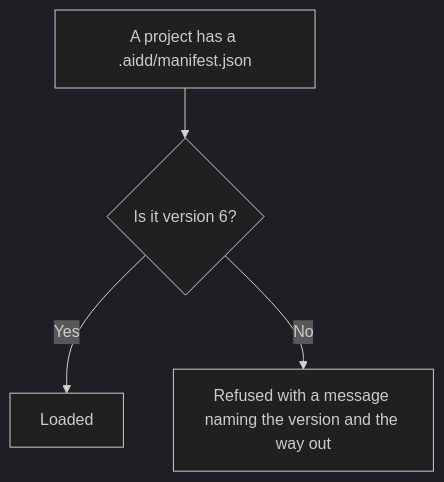
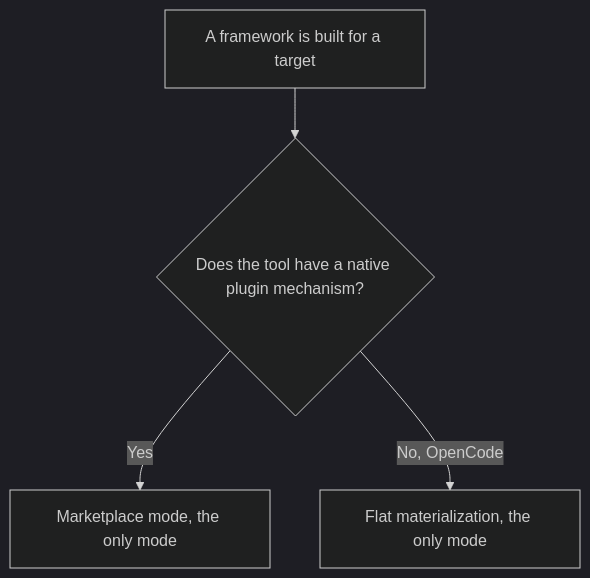
The first of 2 diagrams in cli/aidd_docs/tasks/2026_08/2026_08_20_refactor-contextes-cli/phase-4.md (ai-driven-dev/aidd-framework), drawn with Mermaid (dark theme) before and after one commit. The commit also changed other lines of this file and 17 other files, not shown here.

````diff
--- a/cli/aidd_docs/tasks/2026_08/2026_08_20_refactor-contextes-cli/phase-4.md
+++ b/cli/aidd_docs/tasks/2026_08/2026_08_20_refactor-contextes-cli/phase-4.md
@@ -31,6 +35,6 @@
 ```mermaid
 flowchart TD
-  A[A project has a .aidd/manifest.json] --> B{Is it version 6?}
-  B -->|Yes| C[Loaded]
-  B -->|No| D[Refused with a message naming the version and the way out]
+  A[A framework is built for a target] --> B{Does the tool have a native plugin mechanism?}
+  B -->|Yes| C[Marketplace mode, the only mode]
+  B -->|No, OpenCode| D[Flat materialization, the only mode]
 ```
````
